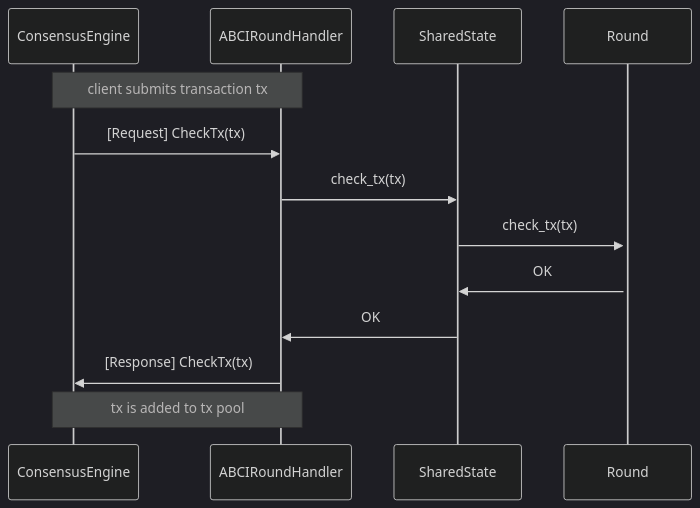
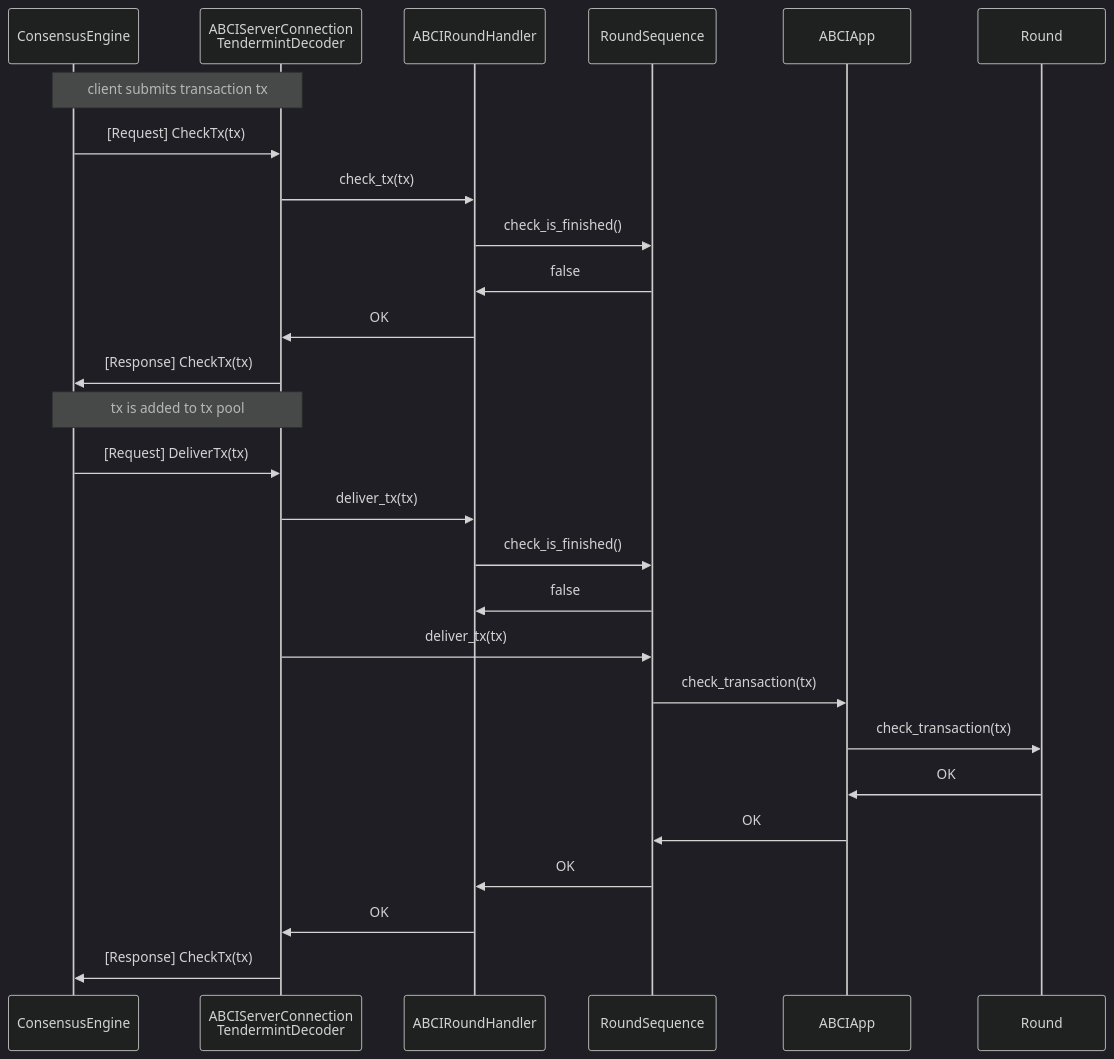
One commit to valory-xyz/open-autonomy changed the second of 3 diagrams in docs/abci_app_interactions.md. Above: the diagram before and after it, drawn with Mermaid (dark theme). The commit also changed other lines of this file, not shown here.

Commit message:
Updated message diagrams.

```diff
--- a/docs/abci_app_interactions.md
+++ b/docs/abci_app_interactions.md
@@ -82,16 +94,26 @@
 <div class="mermaid">
     sequenceDiagram
         participant ConsensusEngine
+        participant ABCIServerConnection as ABCIServerConnection<br/>TendermintDecoder
         participant ABCIRoundHandler
-        participant SharedState
-        participant Round
-        activate Round
-        note over ConsensusEngine,ABCIRoundHandler: client submits transaction tx
-        ConsensusEngine->>ABCIRoundHandler: [Request] CheckTx(tx)
-        ABCIRoundHandler->>SharedState: check_tx(tx)
-        SharedState->>Round: check_tx(tx)
-        Round->>SharedState: OK
-        SharedState->>ABCIRoundHandler: OK
-        ABCIRoundHandler->>ConsensusEngine: [Response] CheckTx(tx)
-        note over ConsensusEngine,ABCIRoundHandler: tx is added to tx pool
+        note over ConsensusEngine,ABCIServerConnection: client submits transaction tx
+        ConsensusEngine->>ABCIServerConnection: [Request] CheckTx(tx)
+        ABCIServerConnection->>ABCIRoundHandler: check_tx(tx)
+        ABCIRoundHandler->>RoundSequence: check_is_finished()
+        RoundSequence->>ABCIRoundHandler: false
+        ABCIRoundHandler->>ABCIServerConnection: OK
+        ABCIServerConnection->>ConsensusEngine: [Response] CheckTx(tx)
+        note over ConsensusEngine,ABCIServerConnection: tx is added to tx pool
+        ConsensusEngine->>ABCIServerConnection: [Request] DeliverTx(tx)
+        ABCIServerConnection->>ABCIRoundHandler: deliver_tx(tx)
+        ABCIRoundHandler->>RoundSequence: check_is_finished()
+        RoundSequence->>ABCIRoundHandler: false
+        ABCIServerConnection->>RoundSequence: deliver_tx(tx)
+        RoundSequence->>ABCIApp: check_transaction(tx)             
+        ABCIApp->>Round: check_transaction(tx)                
+        Round->>ABCIApp: OK
+        ABCIApp->>RoundSequence: OK
+        RoundSequence->>ABCIRoundHandler: OK        
+        ABCIRoundHandler->>ABCIServerConnection: OK
+        ABCIServerConnection->>ConsensusEngine: [Response] CheckTx(tx)        
 </div>
```
